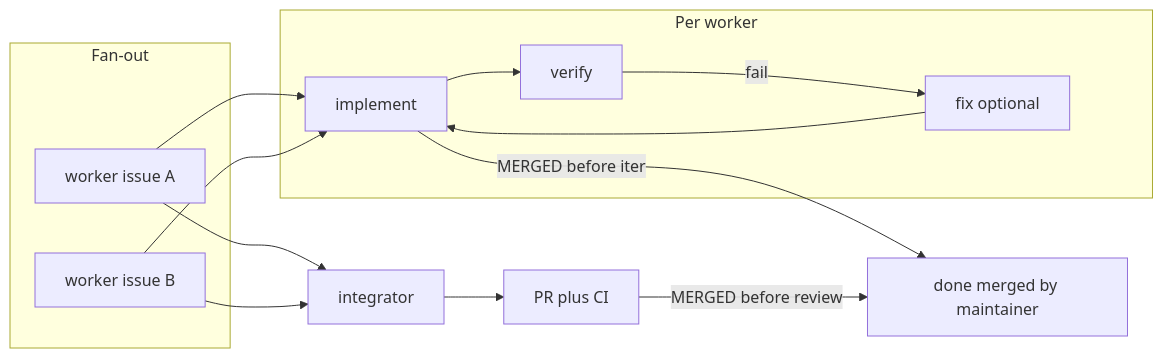
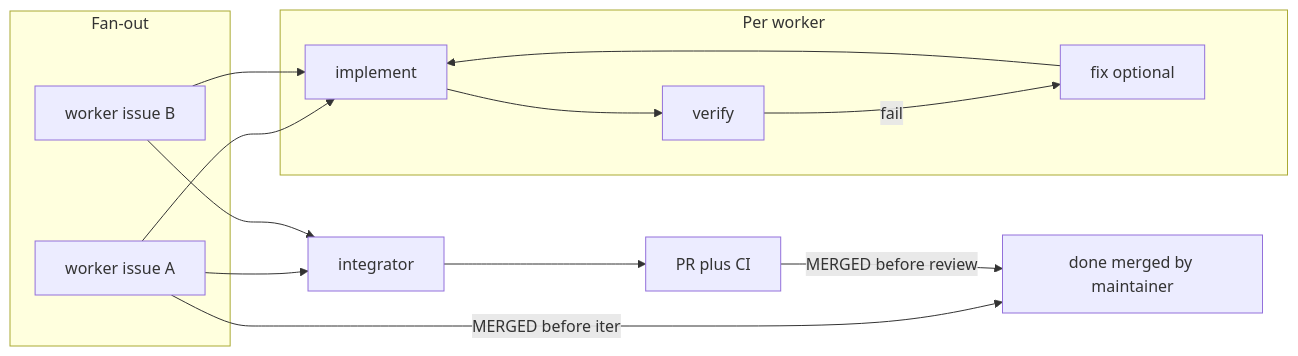
Before and after one commit to chatondearu/ai-dev-kit: the second of 2 diagrams in doc/architecture.md, drawn with Mermaid. The commit also changed 2 other files, not shown here.

Commit message:
fix(cda-dev): filter CLOSED PRs without jq; fix MERGED flowchart edge
Align no-jq orch_pr_list_open_or_merged with the jq path so CLOSED-only
does not become pr_num, and show MERGED-before-iter entering before implement.

````diff
--- a/doc/architecture.md
+++ b/doc/architecture.md
@@ -54,20 +54,20 @@
 ```mermaid
 flowchart LR
   subgraph workers [Fan-out]
     W1[worker issue A]
     W2[worker issue B]
   end
   subgraph nodes [Per worker]
     I[implement]
     V[verify]
     F[fix optional]
   end
+  W1 -->|MERGED before iter| D[done merged by maintainer]
   W1 --> I --> V
   V -->|fail| F --> I
-  I -->|MERGED before iter| D[done merged by maintainer]
   W2 --> I
   W1 --> INT[integrator]
   W2 --> INT
   INT --> PR[PR plus CI]
   PR -->|MERGED before review| D
 ```
````
